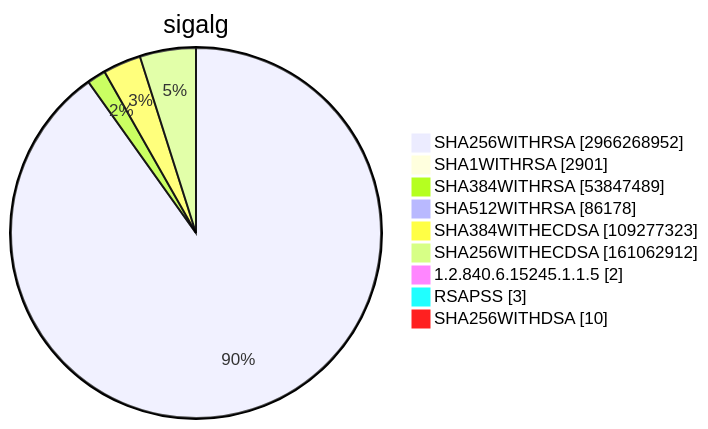
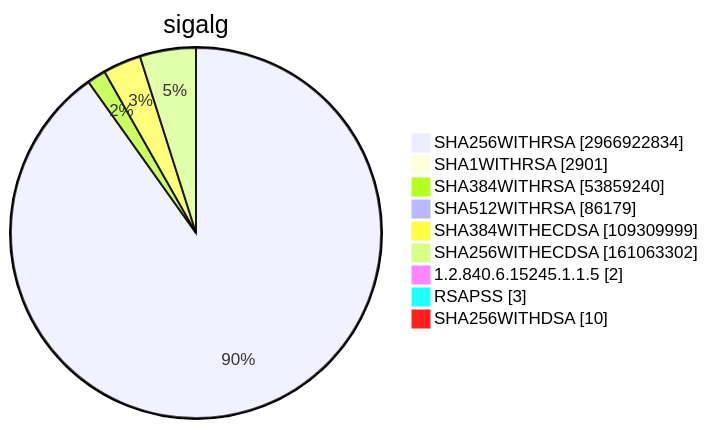
Diagram 15 of 15 in TOTAL/README.md (christiankrug/ctmonitor_visualization), drawn with Mermaid before and after one commit. The commit also changed other lines of this file, not shown here.

````diff
--- a/TOTAL/README.md
+++ b/TOTAL/README.md
@@ -6208,13 +6208,13 @@
 ```mermaid
 pie showData
 title sigalg
-"SHA256WITHRSA" :2966268952
+"SHA256WITHRSA" :2966922834
 "SHA1WITHRSA" :2901
-"SHA384WITHRSA" :53847489
-"SHA512WITHRSA" :86178
-"SHA384WITHECDSA" :109277323
-"SHA256WITHECDSA" :161062912
+"SHA384WITHRSA" :53859240
+"SHA512WITHRSA" :86179
+"SHA384WITHECDSA" :109309999
+"SHA256WITHECDSA" :161063302
 "1.2.840.6.15245.1.1.5" :2
 "RSAPSS" :3
 "SHA256WITHDSA" :10
 ```
````
